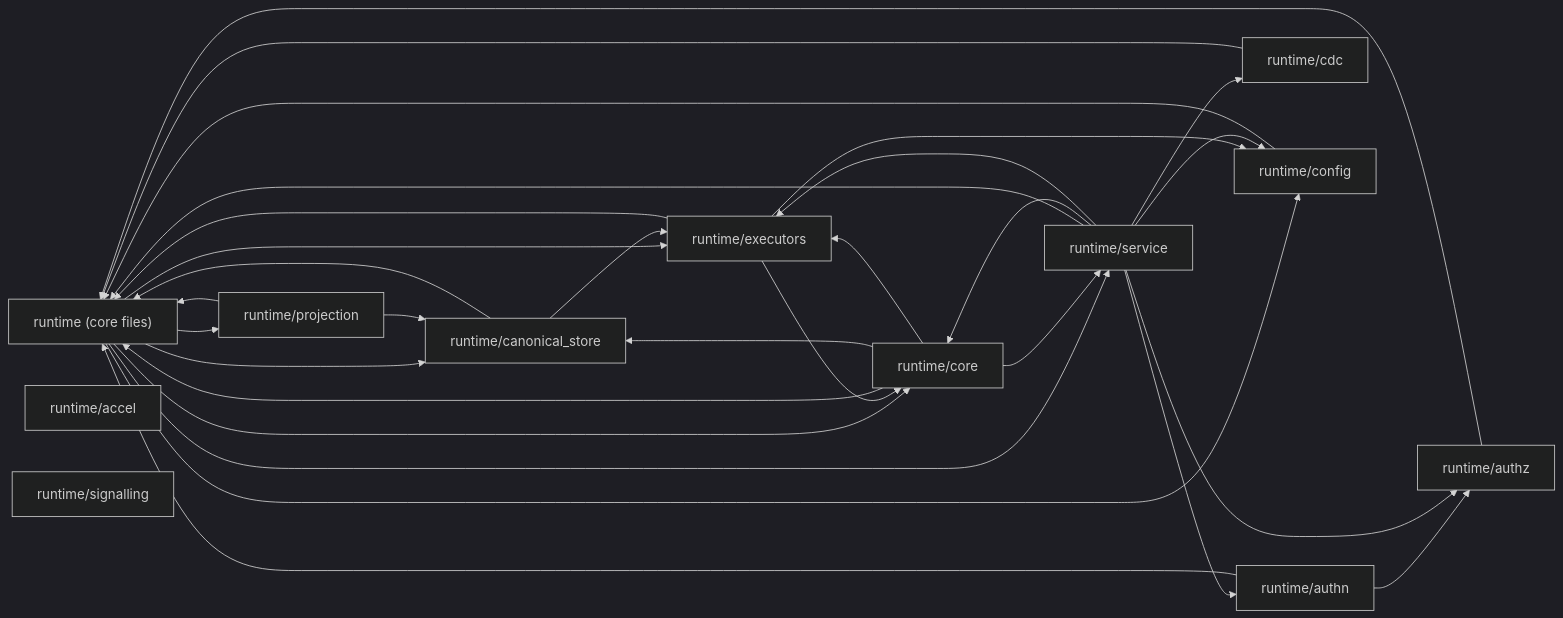
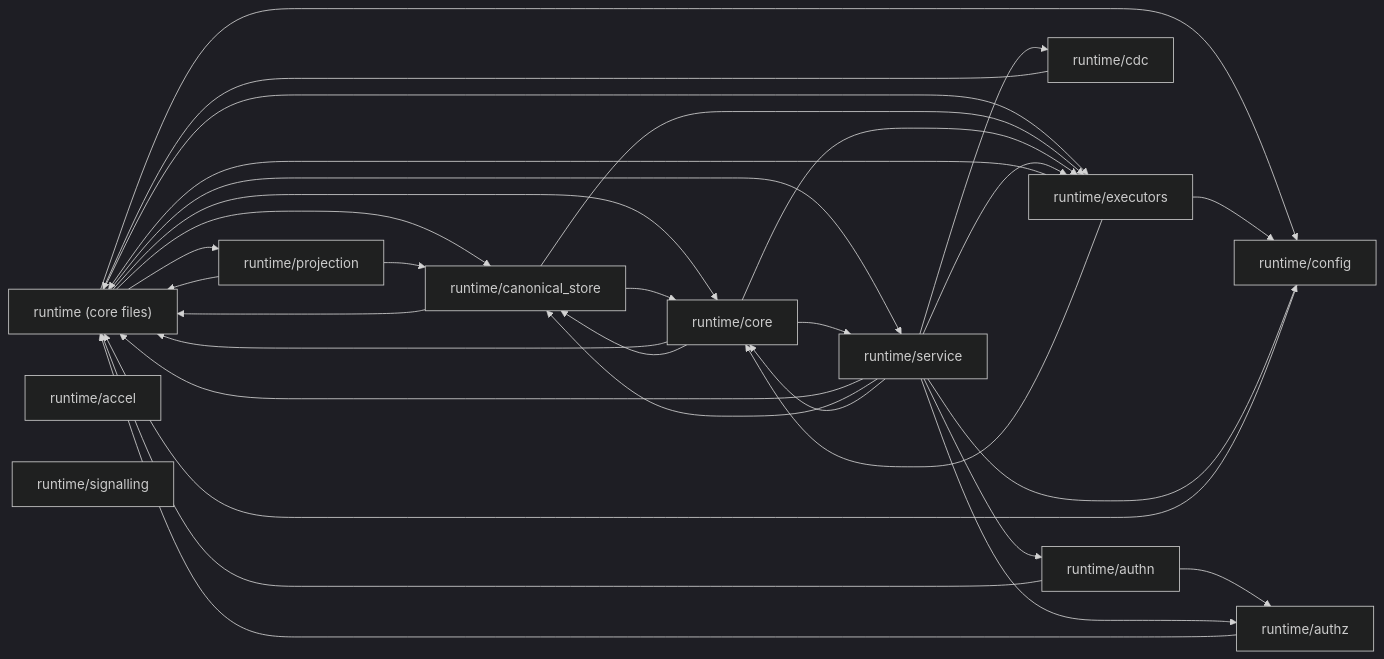
Before and after one commit to fahara02/udb: the second of 2 diagrams in docs/generated/codebase-map.md, drawn with Mermaid (dark theme). The commit also changed other lines of this file and 1228 other files, not shown here.

````diff
--- a/docs/generated/codebase-map.md
+++ b/docs/generated/codebase-map.md
@@ -53,44 +56,46 @@
 ```mermaid
 graph LR
   runtime__core_files_["runtime (core files)"]
   runtime_accel["runtime/accel"]
   runtime_authn["runtime/authn"]
   runtime_authz["runtime/authz"]
   runtime_canonical_store["runtime/canonical_store"]
   runtime_cdc["runtime/cdc"]
   runtime_config["runtime/config"]
   runtime_core["runtime/core"]
   runtime_executors["runtime/executors"]
   runtime_projection["runtime/projection"]
   runtime_service["runtime/service"]
   runtime_signalling["runtime/signalling"]
   runtime__core_files_ --> runtime_canonical_store
   runtime__core_files_ --> runtime_config
   runtime__core_files_ --> runtime_core
   runtime__core_files_ --> runtime_executors
   runtime__core_files_ --> runtime_projection
   runtime__core_files_ --> runtime_service
   runtime_authn --> runtime__core_files_
   runtime_authn --> runtime_authz
   runtime_authz --> runtime__core_files_
   runtime_canonical_store --> runtime__core_files_
+  runtime_canonical_store --> runtime_core
   runtime_canonical_store --> runtime_executors
   runtime_cdc --> runtime__core_files_
   runtime_config --> runtime__core_files_
   runtime_core --> runtime__core_files_
   runtime_core --> runtime_canonical_store
   runtime_core --> runtime_executors
   runtime_core --> runtime_service
   runtime_executors --> runtime__core_files_
   runtime_executors --> runtime_config
   runtime_executors --> runtime_core
   runtime_projection --> runtime__core_files_
   runtime_projection --> runtime_canonical_store
   runtime_service --> runtime__core_files_
   runtime_service --> runtime_authn
   runtime_service --> runtime_authz
+  runtime_service --> runtime_canonical_store
   runtime_service --> runtime_cdc
   runtime_service --> runtime_config
   runtime_service --> runtime_core
   runtime_service --> runtime_executors
 ```
````
